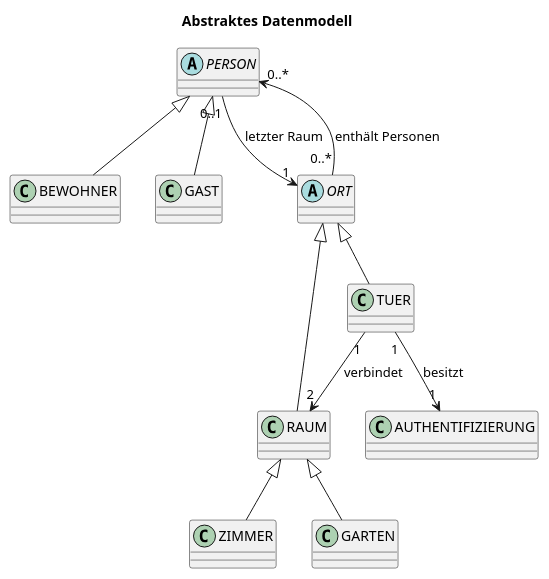
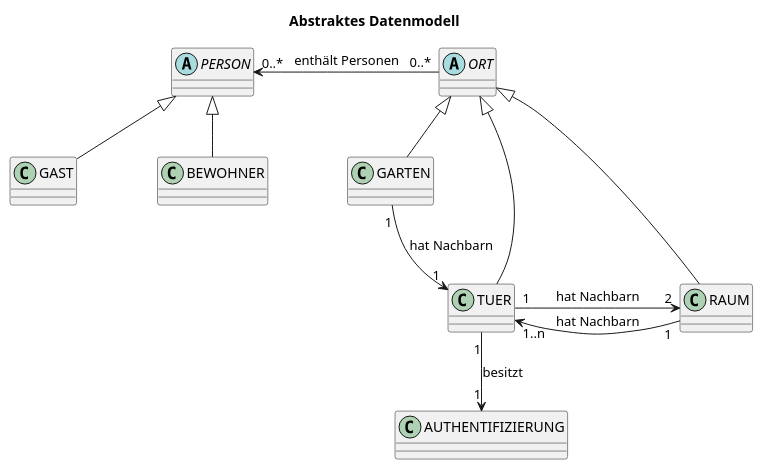
Before and after one commit to AnnaLiviaMartin/rs-smart-home: the first of 6 diagrams in docs/IDEE.md, drawn with PlantUML. The commit also changed other lines of this file and 1 other file, not shown here.

````diff
--- a/docs/IDEE.md
+++ b/docs/IDEE.md
@@ -118,30 +126,34 @@
 ```plantuml
 @startuml
+skinparam nodesep 80
 title Abstraktes Datenmodell
 
 abstract class PERSON
 class BEWOHNER
 class GAST
 
+ORT -[hidden]right- PERSON
+
 abstract class ORT
 class RAUM
-class ZIMMER
+class TUER
 class GARTEN
-class TUER
 class AUTHENTIFIZIERUNG
+
+TUER -[hidden]right- RAUM
 
 PERSON <|-- BEWOHNER
 PERSON <|-- GAST
 
+ORT <|-- GARTEN
 ORT <|-- RAUM
-RAUM <|-- ZIMMER
-RAUM <|-- GARTEN
 ORT <|-- TUER
 
-PERSON "0..1" --> "1" ORT : letzter Raum
-ORT "0..*" --> "0..*" PERSON : enthält Personen
+PERSON "0..*" <-- "0..*" ORT : enthält Personen
 TUER "1" --> "1" AUTHENTIFIZIERUNG : besitzt
-TUER "1" --> "2" RAUM : verbindet
+TUER "1" --> "2" RAUM : hat Nachbarn
+RAUM "1" --> "1..n" TUER : hat Nachbarn
+GARTEN "1" --> "1" TUER : hat Nachbarn
 
 @enduml
 ```
````
